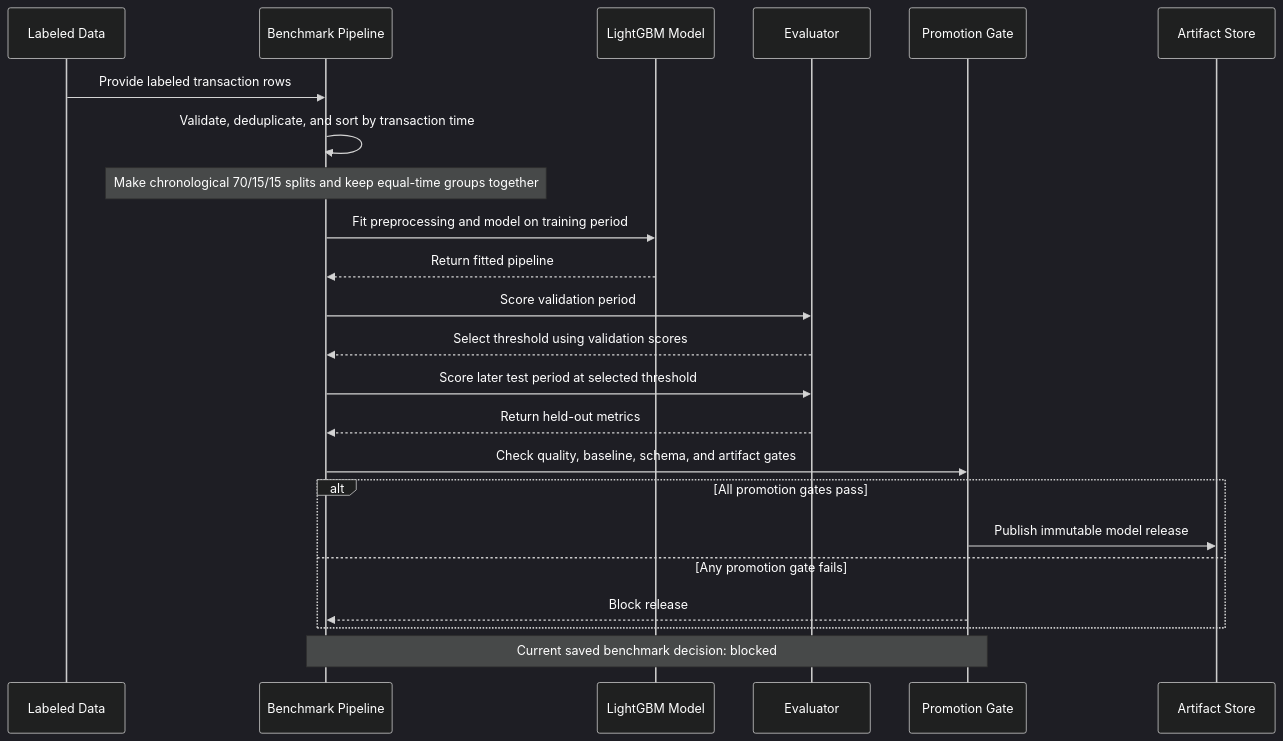
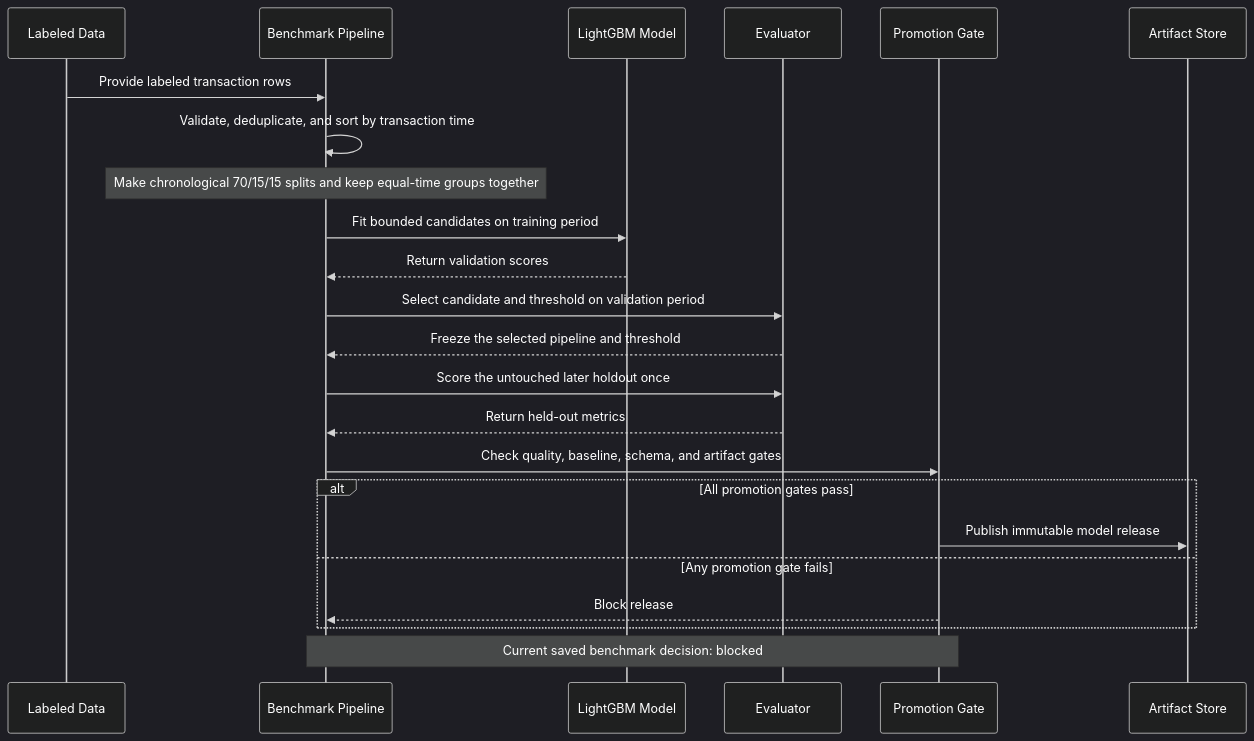
The second of 2 diagrams in README.md (JavithNaseem-J/FraudGuard), drawn with Mermaid before and after one commit. The commit also changed other lines of this file and 14 other files, not shown here.

Commit message:
feat(benchmark): add bounded lightgbm tuning, modern supabase auth, and release validation

````diff
--- a/README.md
+++ b/README.md
@@ -52,27 +53,27 @@
 ```mermaid
 %%{init: {"theme":"dark","themeVariables":{"textColor":"#ffffff","primaryTextColor":"#ffffff","actorTextColor":"#ffffff","signalTextColor":"#ffffff","labelTextColor":"#ffffff","loopTextColor":"#ffffff","noteTextColor":"#ffffff"}}}%%
 sequenceDiagram
   participant Data as Labeled Data
   participant Bench as Benchmark Pipeline
   participant Model as LightGBM Model
   participant Eval as Evaluator
   participant Gate as Promotion Gate
   participant Store as Artifact Store
 
   Data->>Bench: Provide labeled transaction rows
   Bench->>Bench: Validate, deduplicate, and sort by transaction time
   Note over Bench: Make chronological 70/15/15 splits and keep equal-time groups together
-  Bench->>Model: Fit preprocessing and model on training period
-  Model-->>Bench: Return fitted pipeline
-  Bench->>Eval: Score validation period
-  Eval-->>Bench: Select threshold using validation scores
-  Bench->>Eval: Score later test period at selected threshold
+  Bench->>Model: Fit bounded candidates on training period
+  Model-->>Bench: Return validation scores
+  Bench->>Eval: Select candidate and threshold on validation period
+  Eval-->>Bench: Freeze the selected pipeline and threshold
+  Bench->>Eval: Score the untouched later holdout once
   Eval-->>Bench: Return held-out metrics
   Bench->>Gate: Check quality, baseline, schema, and artifact gates
   alt All promotion gates pass
     Gate->>Store: Publish immutable model release
   else Any promotion gate fails
     Gate-->>Bench: Block release
   end
   Note over Gate,Bench: Current saved benchmark decision: blocked
 ```
````
